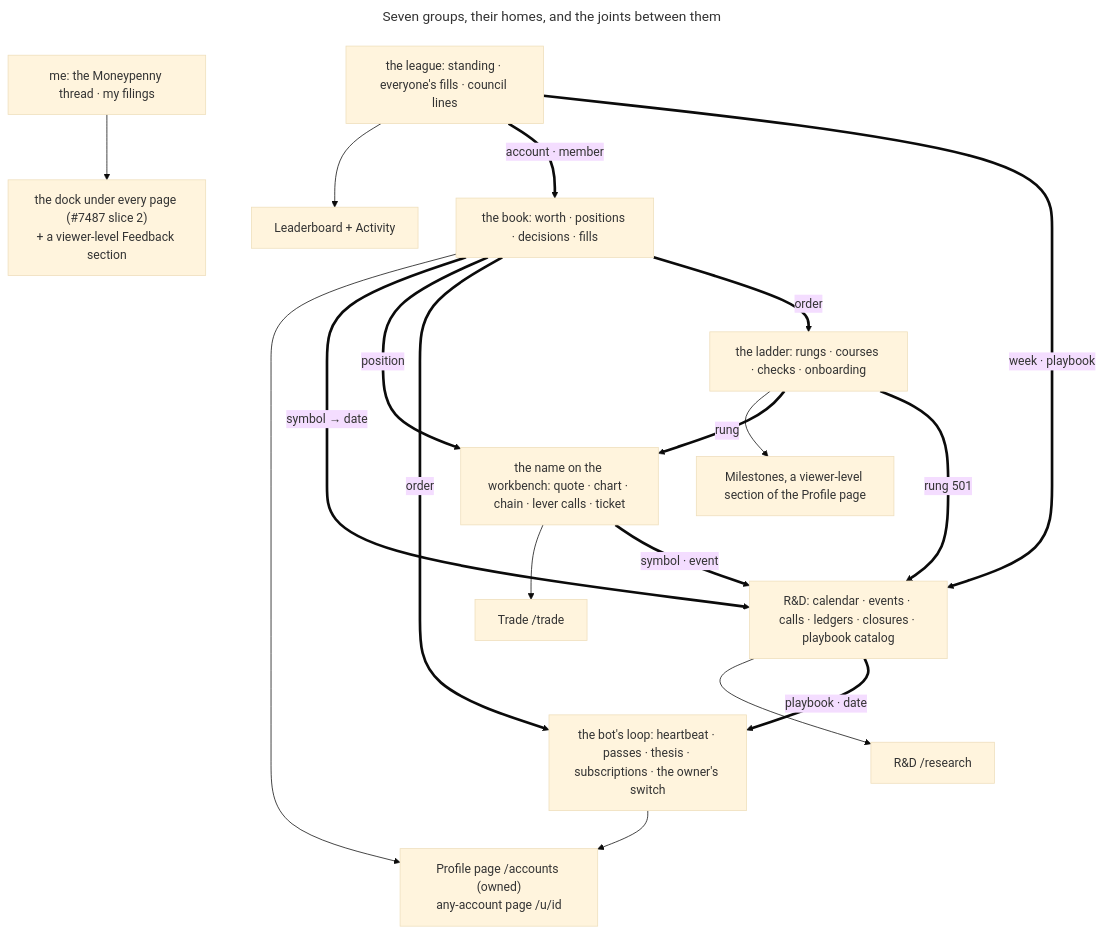
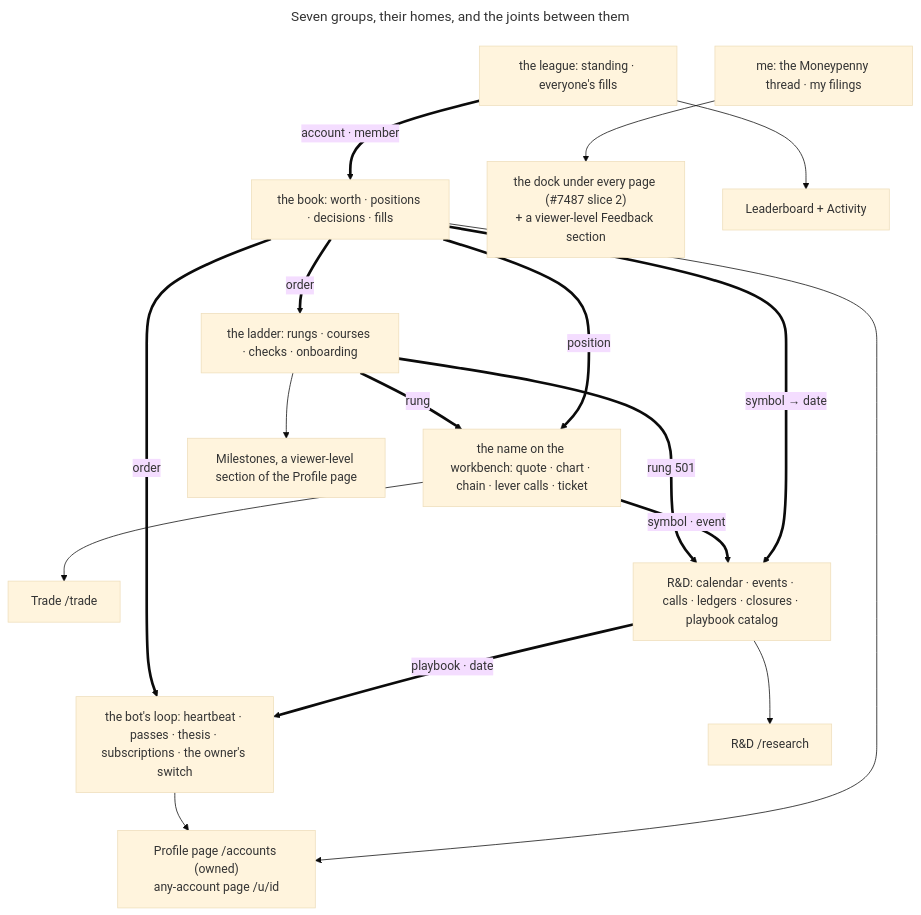
Before and after one commit to ejclark/skynet-capital: the second of 2 diagrams in docs/IA.md, drawn with Mermaid (base theme). The commit also changed other lines of this file and 5 other files, not shown here.

````diff
--- a/docs/IA.md
+++ b/docs/IA.md
@@ -1185,25 +1207,24 @@
 ```mermaid
 ---
 title: Seven groups, their homes, and the joints between them
 ---
 flowchart TD
     accTitle: The wargamed grouping and its homes
     accDescr: Each group points at the one page that is its home. The thick labelled edges are the joints, the keys two groups share, rendered on each other's page as a field, a row or a link, never as a second copy of a section.
     BOOK["the book: worth · positions · decisions · fills"] --> PROFILE["Profile page /accounts (owned)<br/>any-account page /u/id"]
     LOOP["the bot's loop: heartbeat · passes · thesis · subscriptions · the owner's switch"] --> PROFILE
     NAME["the name on the workbench: quote · chart · chain · lever calls · ticket"] --> TRADE["Trade /trade"]
     RD["R&D: calendar · events · calls · ledgers · closures · playbook catalog"] --> RESEARCH["R&D /research"]
     LADDER["the ladder: rungs · courses · checks · onboarding"] --> MILESTONES["Milestones, a viewer-level section of the Profile page"]
     ME["me: the Moneypenny thread · my filings"] --> RAIL["the dock under every page (#7487 slice 2)<br/>+ a viewer-level Feedback section"]
-    LEAGUE["the league: standing · everyone's fills · council lines"] --> LEAGUEPAGE["Leaderboard + Activity"]
+    LEAGUE["the league: standing · everyone's fills"] --> LEAGUEPAGE["Leaderboard + Activity"]
     BOOK ==>|"symbol → date"| RD
     BOOK ==>|"position"| NAME
     NAME ==>|"symbol · event"| RD
     RD ==>|"playbook · date"| LOOP
     BOOK ==>|"order"| LOOP
     BOOK ==>|"order"| LADDER
     LADDER ==>|"rung"| NAME
     LADDER ==>|"rung 501"| RD
     LEAGUE ==>|"account · member"| BOOK
-    LEAGUE ==>|"week · playbook"| RD
 ```
````
